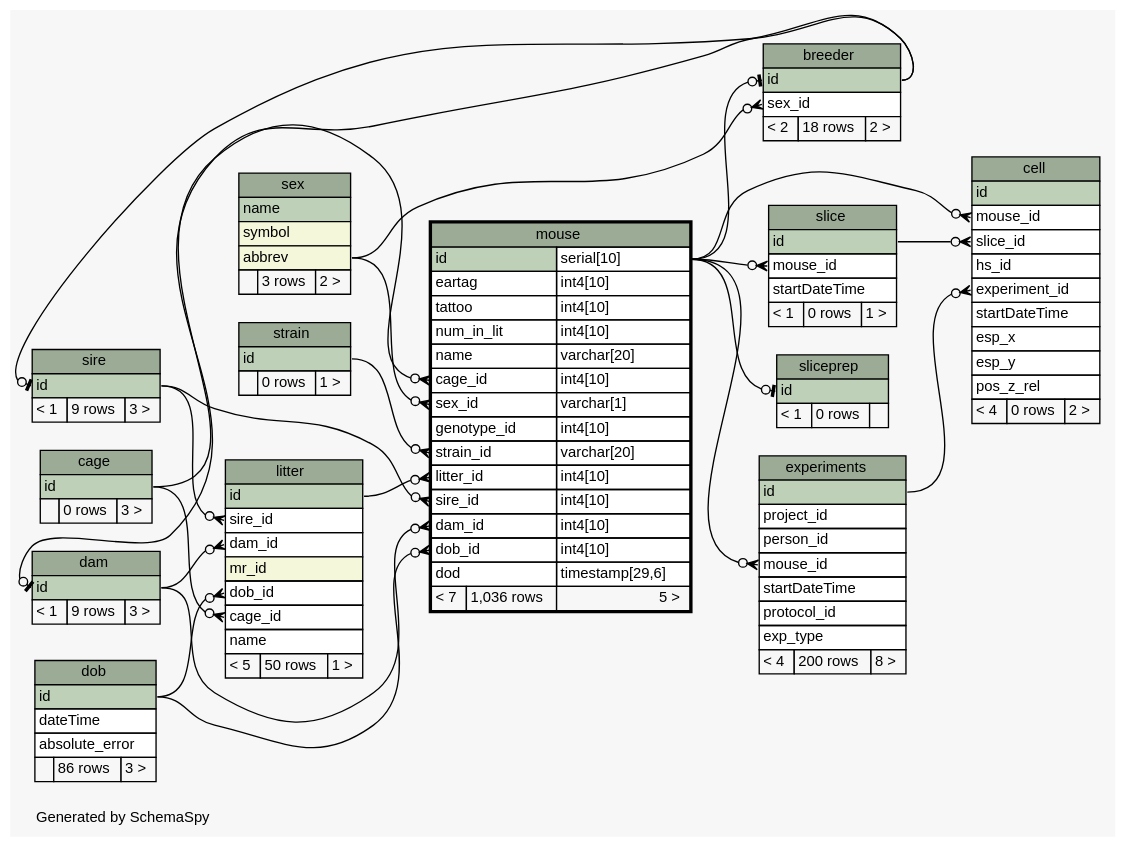
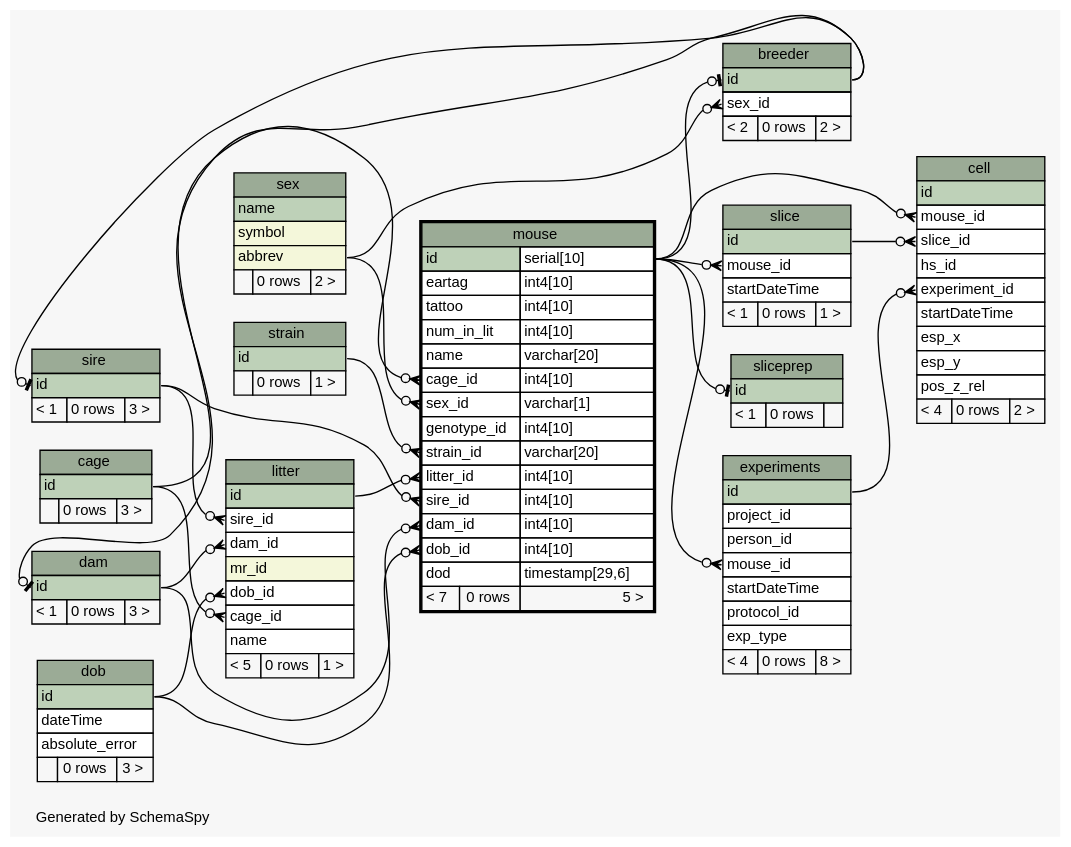
The diagram in database/ss/diagrams/mouse.1degree.dot (tgbugs/mlab), drawn with Graphviz before and after one commit. The commit also changed 227 other files, not shown here.

```diff
--- a/database/ss/diagrams/mouse.1degree.dot
+++ b/database/ss/diagrams/mouse.1degree.dot
@@ -46,7 +46,7 @@
       <TR><TD COLSPAN="3" BGCOLOR="#9bab96" ALIGN="CENTER">breeder</TD></TR>
       <TR><TD PORT="id" COLSPAN="3" BGCOLOR="#bed1b8" ALIGN="LEFT">id</TD></TR>
       <TR><TD PORT="sex_id" COLSPAN="3" ALIGN="LEFT">sex_id</TD></TR>
-      <TR><TD ALIGN="LEFT" BGCOLOR="#f7f7f7">&lt; 2</TD><TD ALIGN="RIGHT" BGCOLOR="#f7f7f7">18 rows</TD><TD ALIGN="RIGHT" BGCOLOR="#f7f7f7">2 &gt;</TD></TR>
+      <TR><TD ALIGN="LEFT" BGCOLOR="#f7f7f7">&lt; 2</TD><TD ALIGN="RIGHT" BGCOLOR="#f7f7f7">0 rows</TD><TD ALIGN="RIGHT" BGCOLOR="#f7f7f7">2 &gt;</TD></TR>
     </TABLE>>
     URL="breeder.html"
     tooltip="breeder"
@@ -84,7 +84,7 @@
     <TABLE BORDER="0" CELLBORDER="1" CELLSPACING="0" BGCOLOR="#ffffff">
       <TR><TD COLSPAN="3" BGCOLOR="#9bab96" ALIGN="CENTER">dam</TD></TR>
       <TR><TD PORT="id" COLSPAN="3" BGCOLOR="#bed1b8" ALIGN="LEFT">id</TD></TR>
-      <TR><TD ALIGN="LEFT" BGCOLOR="#f7f7f7">&lt; 1</TD><TD ALIGN="RIGHT" BGCOLOR="#f7f7f7">9 rows</TD><TD ALIGN="RIGHT" BGCOLOR="#f7f7f7">3 &gt;</TD></TR>
+      <TR><TD ALIGN="LEFT" BGCOLOR="#f7f7f7">&lt; 1</TD><TD ALIGN="RIGHT" BGCOLOR="#f7f7f7">0 rows</TD><TD ALIGN="RIGHT" BGCOLOR="#f7f7f7">3 &gt;</TD></TR>
     </TABLE>>
     URL="dam.html"
     tooltip="dam"
@@ -96,7 +96,7 @@
       <TR><TD PORT="id" COLSPAN="3" BGCOLOR="#bed1b8" ALIGN="LEFT">id</TD></TR>
       <TR><TD PORT="dateTime" COLSPAN="3" ALIGN="LEFT">dateTime</TD></TR>
       <TR><TD PORT="absolute_error" COLSPAN="3" ALIGN="LEFT">absolute_error</TD></TR>
-      <TR><TD ALIGN="LEFT" BGCOLOR="#f7f7f7">  </TD><TD ALIGN="RIGHT" BGCOLOR="#f7f7f7">86 rows</TD><TD ALIGN="RIGHT" BGCOLOR="#f7f7f7">3 &gt;</TD></TR>
+      <TR><TD ALIGN="LEFT" BGCOLOR="#f7f7f7">  </TD><TD ALIGN="RIGHT" BGCOLOR="#f7f7f7">0 rows</TD><TD ALIGN="RIGHT" BGCOLOR="#f7f7f7">3 &gt;</TD></TR>
     </TABLE>>
     URL="dob.html"
     tooltip="dob"
@@ -112,7 +112,7 @@
       <TR><TD PORT="startDateTime" COLSPAN="3" ALIGN="LEFT">startDateTime</TD></TR>
       <TR><TD PORT="protocol_id" COLSPAN="3" ALIGN="LEFT">protocol_id</TD></TR>
       <TR><TD PORT="exp_type" COLSPAN="3" ALIGN="LEFT">exp_type</TD></TR>
-      <TR><TD ALIGN="LEFT" BGCOLOR="#f7f7f7">&lt; 4</TD><TD ALIGN="RIGHT" BGCOLOR="#f7f7f7">200 rows</TD><TD ALIGN="RIGHT" BGCOLOR="#f7f7f7">8 &gt;</TD></TR>
+      <TR><TD ALIGN="LEFT" BGCOLOR="#f7f7f7">&lt; 4</TD><TD ALIGN="RIGHT" BGCOLOR="#f7f7f7">0 rows</TD><TD ALIGN="RIGHT" BGCOLOR="#f7f7f7">8 &gt;</TD></TR>
     </TABLE>>
     URL="experiments.html"
     tooltip="experiments"
@@ -128,7 +128,7 @@
       <TR><TD PORT="dob_id" COLSPAN="3" ALIGN="LEFT">dob_id</TD></TR>
       <TR><TD PORT="cage_id" COLSPAN="3" ALIGN="LEFT">cage_id</TD></TR>
       <TR><TD PORT="name" COLSPAN="3" ALIGN="LEFT">name</TD></TR>
-      <TR><TD ALIGN="LEFT" BGCOLOR="#f7f7f7">&lt; 5</TD><TD ALIGN="RIGHT" BGCOLOR="#f7f7f7">50 rows</TD><TD ALIGN="RIGHT" BGCOLOR="#f7f7f7">1 &gt;</TD></TR>
+      <TR><TD ALIGN="LEFT" BGCOLOR="#f7f7f7">&lt; 5</TD><TD ALIGN="RIGHT" BGCOLOR="#f7f7f7">0 rows</TD><TD ALIGN="RIGHT" BGCOLOR="#f7f7f7">1 &gt;</TD></TR>
     </TABLE>>
     URL="litter.html"
     tooltip="litter"
@@ -151,7 +151,7 @@
       <TR><TD PORT="dam_id" COLSPAN="2" ALIGN="LEFT">dam_id</TD><TD PORT="dam_id.type" ALIGN="LEFT">int4[10]</TD></TR>
       <TR><TD PORT="dob_id" COLSPAN="2" ALIGN="LEFT">dob_id</TD><TD PORT="dob_id.type" ALIGN="LEFT">int4[10]</TD></TR>
       <TR><TD PORT="dod" COLSPAN="2" ALIGN="LEFT">dod</TD><TD PORT="dod.type" ALIGN="LEFT">timestamp[29,6]</TD></TR>
-      <TR><TD ALIGN="LEFT" BGCOLOR="#f7f7f7">&lt; 7</TD><TD ALIGN="RIGHT" BGCOLOR="#f7f7f7">1,036 rows</TD><TD ALIGN="RIGHT" BGCOLOR="#f7f7f7">5 &gt;</TD></TR>
+      <TR><TD ALIGN="LEFT" BGCOLOR="#f7f7f7">&lt; 7</TD><TD ALIGN="RIGHT" BGCOLOR="#f7f7f7">0 rows</TD><TD ALIGN="RIGHT" BGCOLOR="#f7f7f7">5 &gt;</TD></TR>
     </TABLE>>
     URL="mouse.html"
     tooltip="mouse"
@@ -163,7 +163,7 @@
       <TR><TD PORT="name" COLSPAN="3" BGCOLOR="#bed1b8" ALIGN="LEFT">name</TD></TR>
       <TR><TD PORT="symbol" COLSPAN="3" BGCOLOR="#f4f7da" ALIGN="LEFT">symbol</TD></TR>
       <TR><TD PORT="abbrev" COLSPAN="3" BGCOLOR="#f4f7da" ALIGN="LEFT">abbrev</TD></TR>
-      <TR><TD ALIGN="LEFT" BGCOLOR="#f7f7f7">  </TD><TD ALIGN="RIGHT" BGCOLOR="#f7f7f7">3 rows</TD><TD ALIGN="RIGHT" BGCOLOR="#f7f7f7">2 &gt;</TD></TR>
+      <TR><TD ALIGN="LEFT" BGCOLOR="#f7f7f7">  </TD><TD ALIGN="RIGHT" BGCOLOR="#f7f7f7">0 rows</TD><TD ALIGN="RIGHT" BGCOLOR="#f7f7f7">2 &gt;</TD></TR>
     </TABLE>>
     URL="sex.html"
     tooltip="sex"
@@ -173,7 +173,7 @@
     <TABLE BORDER="0" CELLBORDER="1" CELLSPACING="0" BGCOLOR="#ffffff">
       <TR><TD COLSPAN="3" BGCOLOR="#9bab96" ALIGN="CENTER">sire</TD></TR>
       <TR><TD PORT="id" COLSPAN="3" BGCOLOR="#bed1b8" ALIGN="LEFT">id</TD></TR>
-      <TR><TD ALIGN="LEFT" BGCOLOR="#f7f7f7">&lt; 1</TD><TD ALIGN="RIGHT" BGCOLOR="#f7f7f7">9 rows</TD><TD ALIGN="RIGHT" BGCOLOR="#f7f7f7">3 &gt;</TD></TR>
+      <TR><TD ALIGN="LEFT" BGCOLOR="#f7f7f7">&lt; 1</TD><TD ALIGN="RIGHT" BGCOLOR="#f7f7f7">0 rows</TD><TD ALIGN="RIGHT" BGCOLOR="#f7f7f7">3 &gt;</TD></TR>
     </TABLE>>
     URL="sire.html"
     tooltip="sire"
```
